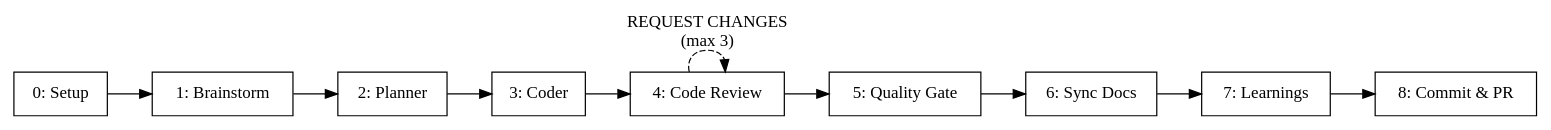
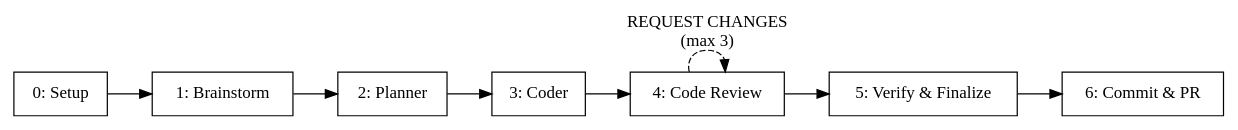
Before and after one commit to vertexcover-io/harness-engineering: the diagram in skills/orchestrate/SKILL.md, drawn with Graphviz. The commit also changed other lines of this file and 3 other files, not shown here.

First line of the commit message:
perf: reduce token consumption in orchestrate, quality-gate, and code-review

````diff
--- a/skills/orchestrate/SKILL.md
+++ b/skills/orchestrate/SKILL.md
@@ -178,20 +169,18 @@
 ```dot
 digraph pipeline {
   rankdir=LR
   node [shape=box]
 
   stage_0 [label="0: Setup"]
   stage_1 [label="1: Brainstorm"]
   stage_2 [label="2: Planner"]
   stage_3 [label="3: Coder"]
   stage_4 [label="4: Code Review"]
-  stage_5 [label="5: Quality Gate"]
-  stage_6 [label="6: Sync Docs"]
-  stage_7 [label="7: Learnings"]
-  stage_8 [label="8: Commit & PR"]
+  stage_5 [label="5: Verify & Finalize"]
+  stage_6 [label="6: Commit & PR"]
 
   stage_0 -> stage_1 -> stage_2 -> stage_3
-  stage_3 -> stage_4 -> stage_5 -> stage_6 -> stage_7 -> stage_8
+  stage_3 -> stage_4 -> stage_5 -> stage_6
   stage_4 -> stage_4 [label="REQUEST CHANGES\n(max 3)" style=dashed]
 }
 ```
````
